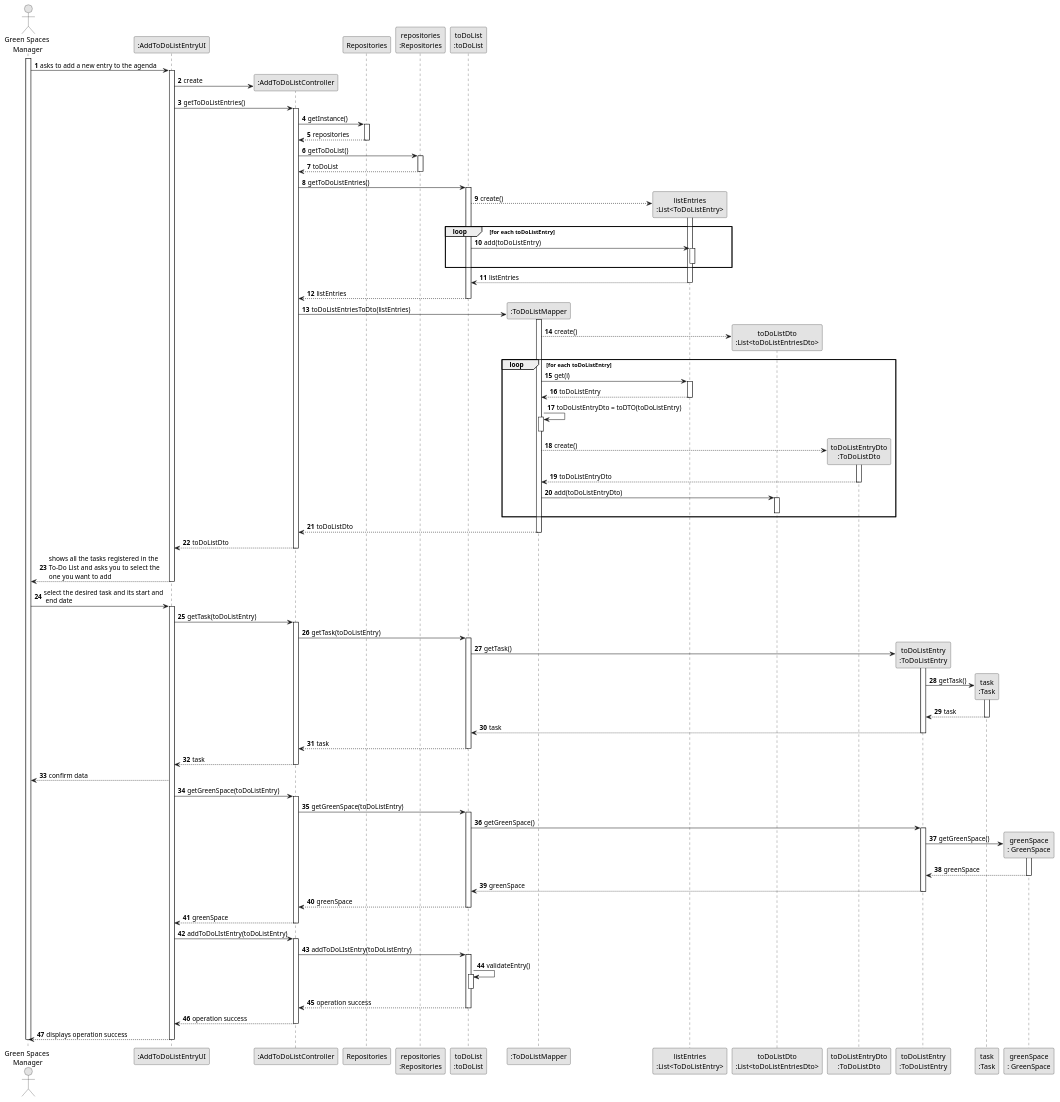
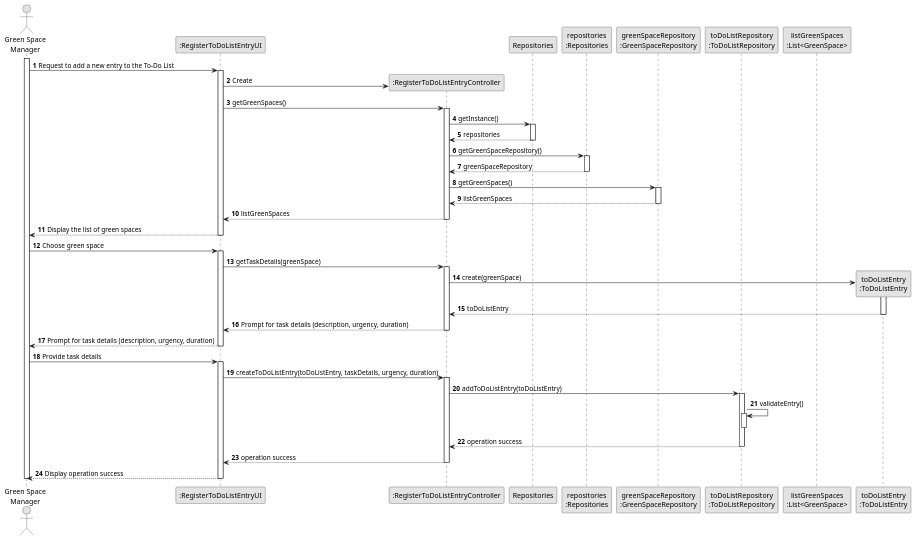
One commit to diogoveirospro/lei-24-s2-1dg-g072 changed the diagram in docs/sprintC/us021/03.design/puml/us021-sequence-diagram-full.puml. Above: the diagram before and after it, drawn with PlantUML.

Commit message:
US021 design correction

```diff
--- a/docs/sprintC/us021/03.design/puml/us021-sequence-diagram-full.puml
+++ b/docs/sprintC/us021/03.design/puml/us021-sequence-diagram-full.puml
@@ -1,180 +1,94 @@
 @startuml
 skinparam monochrome true
 skinparam packageStyle rectangle
 skinparam shadowing false
 
 autonumber
 
-'hide footbox
-actor "Green Spaces\n Manager" as GSM
-participant ":AddToDoListEntryUI" as UI
-participant ":AddToDoListController" as CTRL
+actor "Green Space\nManager" as GSM
+participant ":RegisterToDoListEntryUI" as UI
+participant ":RegisterToDoListEntryController" as CTRL
 participant Repositories
 participant "repositories\n:Repositories" as REP
-participant "toDoList\n:toDoList" as TODOLIST
-participant "agenda\n:ToDoList" as TODOLIST
-participant ":ToDoListMapper" as TODOLISTMAPPER
-participant "listEntries\n:List<ToDoListEntry>" as LISTENTRIES
-participant "toDoListDto\n:List<toDoListEntriesDto>" as TODOLISTDTO
-participant "toDoListEntryDto\n:ToDoListDto" as TODOLISTENTRYDTO
+participant "greenSpaceRepository\n:GreenSpaceRepository" as GREENSPACEREPO
+participant "toDoListRepository\n:ToDoListRepository" as TODOLISTREPO
+participant "listGreenSpaces\n:List<GreenSpace>" as LISTGREENSPACES
 participant "toDoListEntry\n:ToDoListEntry" as TODOLISTENTRY
-participant "task\n:Task" as TASK
-participant "greenSpace\n: GreenSpace" as GREENSPACE
-
 
 activate GSM
 
-    GSM -> UI : asks to add a new entry to the agenda
+    GSM -> UI : Request to add a new entry to the To-Do List
     activate UI
 
-        UI -> CTRL** : create
+        UI -> CTRL** : Create
 
-        UI -> CTRL : getToDoListEntries()
+        UI -> CTRL : getGreenSpaces()
         activate CTRL
 
-           CTRL -> Repositories: getInstance()
-           activate Repositories
+            CTRL -> Repositories: getInstance()
+            activate Repositories
 
                 Repositories --> CTRL: repositories
-           deactivate Repositories
+            deactivate Repositories
 
-           CTRL -> REP: getToDoList()
-           activate REP
+            CTRL -> REP: getGreenSpaceRepository()
+            activate REP
 
-                REP --> CTRL: toDoList
-           deactivate REP
+                REP --> CTRL: greenSpaceRepository
+            deactivate REP
 
-            CTRL -> TODOLIST : getToDoListEntries()
-            activate TODOLIST
+            CTRL -> GREENSPACEREPO: getGreenSpaces()
+            activate GREENSPACEREPO
 
-                    TODOLIST --> LISTENTRIES** : create()
-                    activate LISTENTRIES
+                GREENSPACEREPO --> CTRL: listGreenSpaces
+            deactivate GREENSPACEREPO
 
-                        loop for each toDoListEntry
-                            TODOLIST -> LISTENTRIES : add(toDoListEntry)
-                            activate LISTENTRIES
-                            deactivate LISTENTRIES
-                        end
-
-                        LISTENTRIES --> TODOLIST : listEntries
-                    deactivate LISTENTRIES
-
-
-                TODOLIST --> CTRL : listEntries
-            deactivate TODOLIST
-
-            CTRL -> TODOLISTMAPPER** : toDoListEntriesToDto(listEntries)
-            activate TODOLISTMAPPER
-
-                TODOLISTMAPPER --> TODOLISTDTO** : create()
-
-                loop for each toDoListEntry
-                    TODOLISTMAPPER -> LISTENTRIES : get(i)
-                    activate LISTENTRIES
-
-                    LISTENTRIES --> TODOLISTMAPPER : toDoListEntry
-                    deactivate LISTENTRIES
-
-                    TODOLISTMAPPER -> TODOLISTMAPPER : toDoListEntryDto = toDTO(toDoListEntry)
-                    activate TODOLISTMAPPER
-                    deactivate TODOLISTMAPPER
-
-                    TODOLISTMAPPER --> TODOLISTENTRYDTO** : create()
-                    activate TODOLISTENTRYDTO
-
-                    TODOLISTENTRYDTO --> TODOLISTMAPPER : toDoListEntryDto
-                    deactivate TODOLISTENTRYDTO
-
-                    TODOLISTMAPPER -> TODOLISTDTO : add(toDoListEntryDto)
-                    activate TODOLISTDTO
-                    deactivate TODOLISTDTO
-
-                end
-
-                TODOLISTMAPPER --> CTRL : toDoListDto
-            deactivate TODOLISTMAPPER
-
-            CTRL --> UI : toDoListDto
+            CTRL --> UI: listGreenSpaces
         deactivate CTRL
 
-        UI --> GSM: shows all the tasks registered in the \nTo-Do List and asks you to select the \none you want to add
+        UI --> GSM: Display the list of green spaces
     deactivate UI
 
-    GSM -> UI: select the desired task and its start and\n end date
+    GSM -> UI: Choose green space
     activate UI
 
-        UI -> CTRL : getTask(toDoListEntry)
+        UI -> CTRL: getTaskDetails(greenSpace)
         activate CTRL
 
-            CTRL -> TODOLIST : getTask(toDoListEntry)
-            activate TODOLIST
+            CTRL -> TODOLISTENTRY**: create(greenSpace)
+            activate TODOLISTENTRY
 
-                TODOLIST -> TODOLISTENTRY** : getTask()
-                activate TODOLISTENTRY
+            TODOLISTENTRY --> CTRL: toDoListEntry
+            deactivate TODOLISTENTRY
 
-                    TODOLISTENTRY -> TASK** : getTask()
-                    activate TASK
-
-                        TASK --> TODOLISTENTRY : task
-                    deactivate TASK
-
-                    TODOLISTENTRY --> TODOLIST : task
-                deactivate TODOLISTENTRY
-
-                TODOLIST --> CTRL : task
-            deactivate TODOLIST
-
-            CTRL --> UI : task
+            CTRL --> UI: Prompt for task details (description, urgency, duration)
         deactivate CTRL
 
-        UI --> GSM: confirm data
+        UI --> GSM: Prompt for task details (description, urgency, duration)
+    deactivate UI
 
-         UI -> CTRL : getGreenSpace(toDoListEntry)
-                activate CTRL
+    GSM -> UI: Provide task details
+    activate UI
 
-                    CTRL -> TODOLIST : getGreenSpace(toDoListEntry)
-                    activate TODOLIST
-
-                        TODOLIST -> TODOLISTENTRY : getGreenSpace()
-                        activate TODOLISTENTRY
-
-                            TODOLISTENTRY -> GREENSPACE** : getGreenSpace()
-                            activate GREENSPACE
-
-                                GREENSPACE --> TODOLISTENTRY : greenSpace
-                            deactivate GREENSPACE
-
-                            TODOLISTENTRY --> TODOLIST : greenSpace
-                        deactivate TODOLISTENTRY
-
-                        TODOLIST --> CTRL : greenSpace
-                    deactivate TODOLIST
-
-                    CTRL --> UI : greenSpace
-                deactivate CTRL
-
-        UI -> CTRL : addToDoLIstEntry(toDoListEntry)
+        UI -> CTRL: createToDoListEntry(toDoListEntry, taskDetails, urgency, duration)
         activate CTRL
 
-            CTRL -> TODOLIST : addToDoLIstEntry(toDoListEntry)
-            activate TODOLIST
+            CTRL -> TODOLISTREPO: addToDoListEntry(toDoListEntry)
+            activate TODOLISTREPO
 
-            TODOLIST -> TODOLIST : validateEntry()
-            activate TODOLIST
+                TODOLISTREPO -> TODOLISTREPO: validateEntry()
+                activate TODOLISTREPO
+                deactivate TODOLISTREPO
 
-            deactivate TODOLIST
+                TODOLISTREPO --> CTRL: operation success
+            deactivate TODOLISTREPO
 
-            TODOLIST --> CTRL : operation success
-            deactivate TODOLIST
-
-            CTRL --> UI : operation success
+            CTRL --> UI: operation success
         deactivate CTRL
 
-        UI --> GSM: displays operation success
+        UI --> GSM: Display operation success
     deactivate UI
 
 deactivate GSM
 
-
-
 @enduml
```
